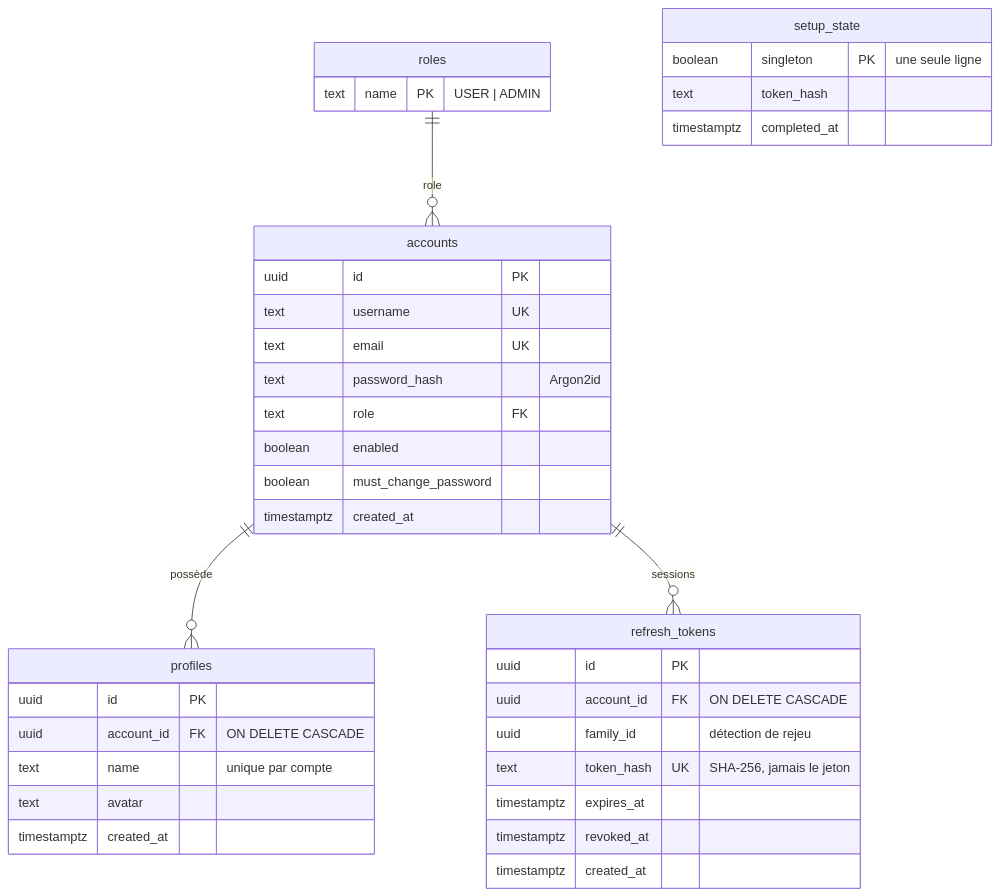
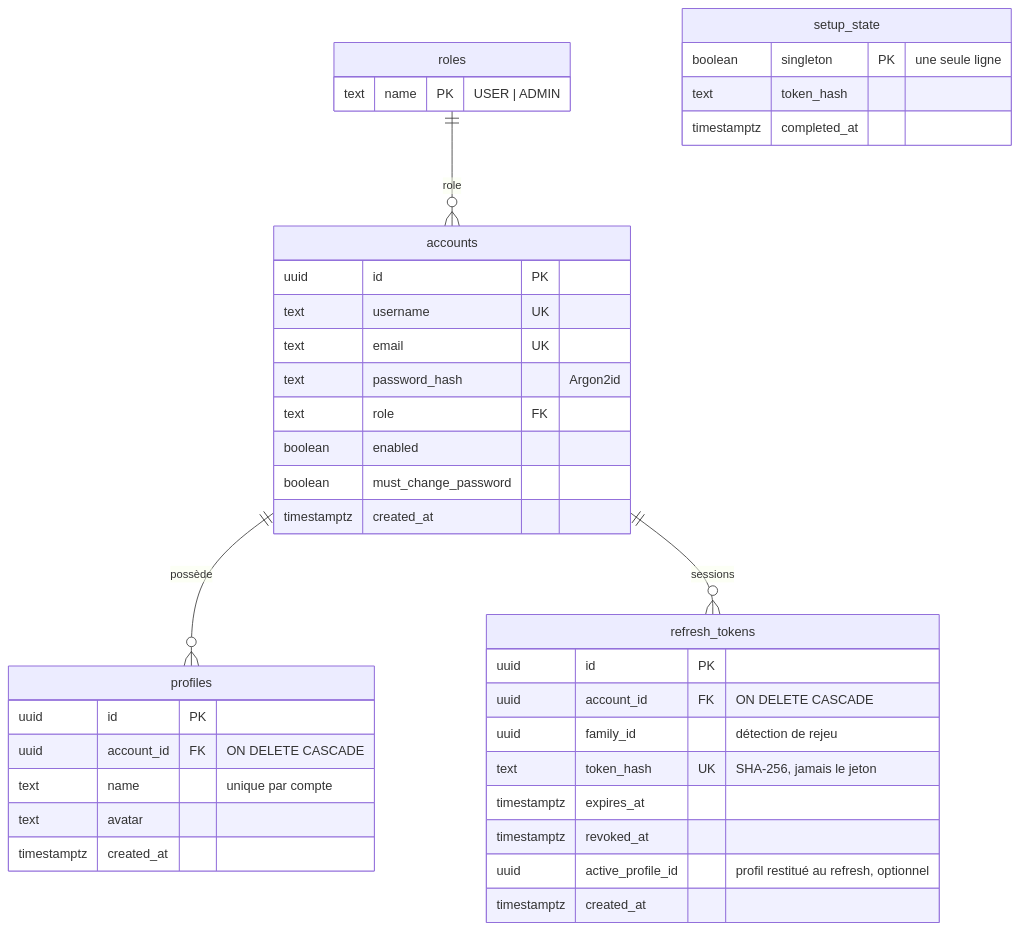
Before and after one commit to tomvieilledent/holbertonschool-homeflix-project: the first of 3 diagrams in docs/architecture/data-model.md, drawn with Mermaid. The commit also changed other lines of this file and 4 other files, not shown here.

````diff
--- a/docs/architecture/data-model.md
+++ b/docs/architecture/data-model.md
@@ -13,38 +13,39 @@
 ```mermaid
 erDiagram
     roles ||--o{ accounts : "role"
     accounts ||--o{ profiles : "possède"
     accounts ||--o{ refresh_tokens : "sessions"
     roles { text name PK "USER | ADMIN" }
     accounts {
         uuid id PK
         text username UK
         text email UK
         text password_hash "Argon2id"
         text role FK
         boolean enabled
         boolean must_change_password
         timestamptz created_at
     }
     profiles {
         uuid id PK
         uuid account_id FK "ON DELETE CASCADE"
         text name "unique par compte"
         text avatar
         timestamptz created_at
     }
     refresh_tokens {
         uuid id PK
         uuid account_id FK "ON DELETE CASCADE"
         uuid family_id "détection de rejeu"
         text token_hash UK "SHA-256, jamais le jeton"
         timestamptz expires_at
         timestamptz revoked_at
+        uuid active_profile_id "profil restitué au refresh, optionnel"
         timestamptz created_at
     }
     setup_state {
         boolean singleton PK "une seule ligne"
         text token_hash
         timestamptz completed_at
     }
 ```
````
